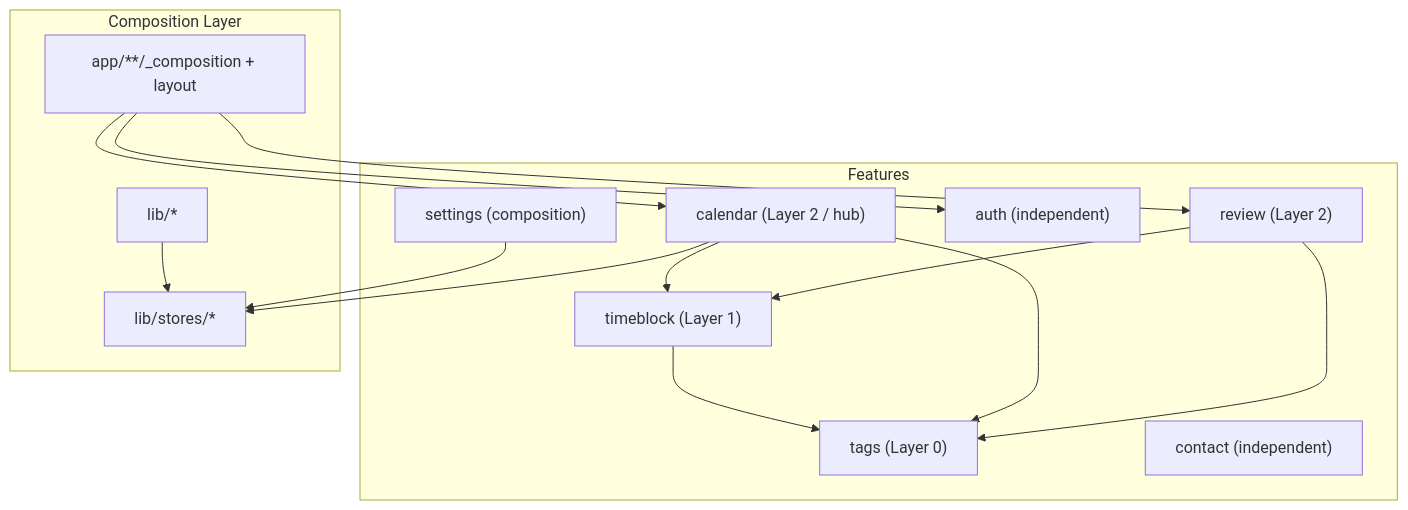
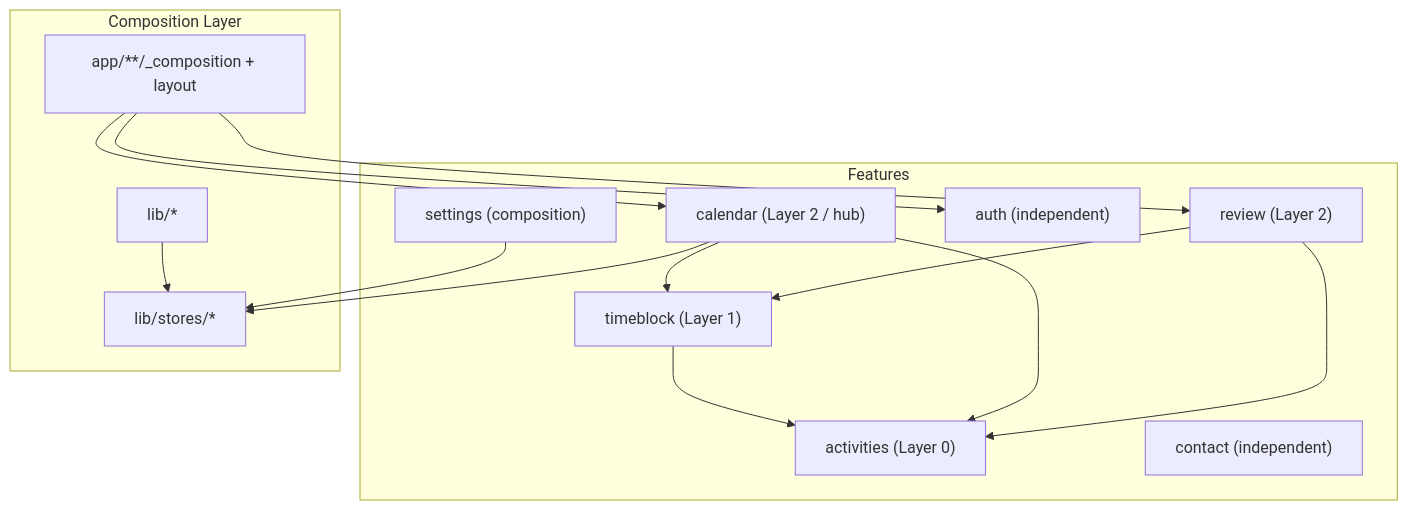
Before and after one commit to Dayopt/app: the fifth of 6 diagrams in docs/engineering/architecture.md, drawn with Mermaid. The commit also changed other lines of this file and 10 other files, not shown here.

````diff
--- a/docs/engineering/architecture.md
+++ b/docs/engineering/architecture.md
@@ -153,30 +152,30 @@
 ```mermaid
 graph TD
 subgraph Features
-TAG["tags (Layer 0)"]
+ACT["activities (Layer 0)"]
 TB["timeblock (Layer 1)"]
 CAL["calendar (Layer 2 / hub)"]
 REV["review (Layer 2)"]
 AUTH["auth (independent)"]
 CONTACT["contact (independent)"]
 SET["settings (composition)"]
 end
 
     subgraph Composition["Composition Layer"]
         APP["app/**/_composition + layout"]
         LIB["lib/*"]
         STORE["lib/stores/*"]
     end
 
-    TB --> TAG
+    TB --> ACT
     CAL --> TB
-    CAL --> TAG
+    CAL --> ACT
     REV --> TB
-    REV --> TAG
+    REV --> ACT
     APP --> CAL
     APP --> REV
     APP --> AUTH
     SET --> STORE
     CAL --> STORE
     LIB --> STORE
 ```
````
